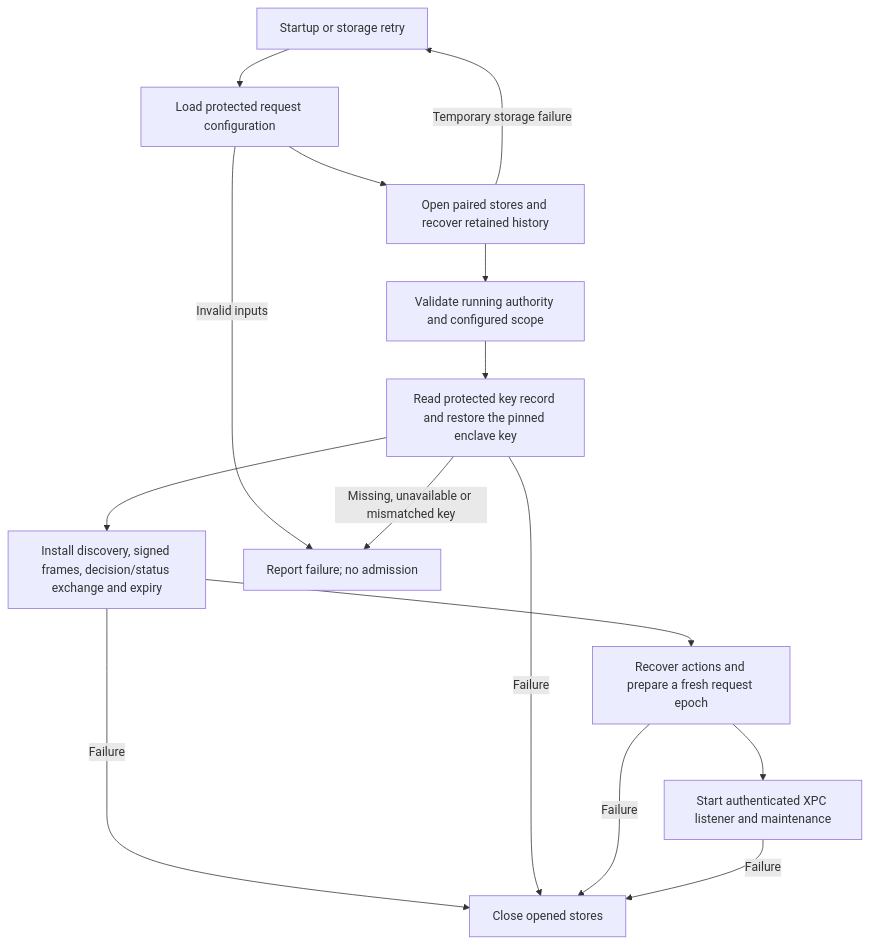
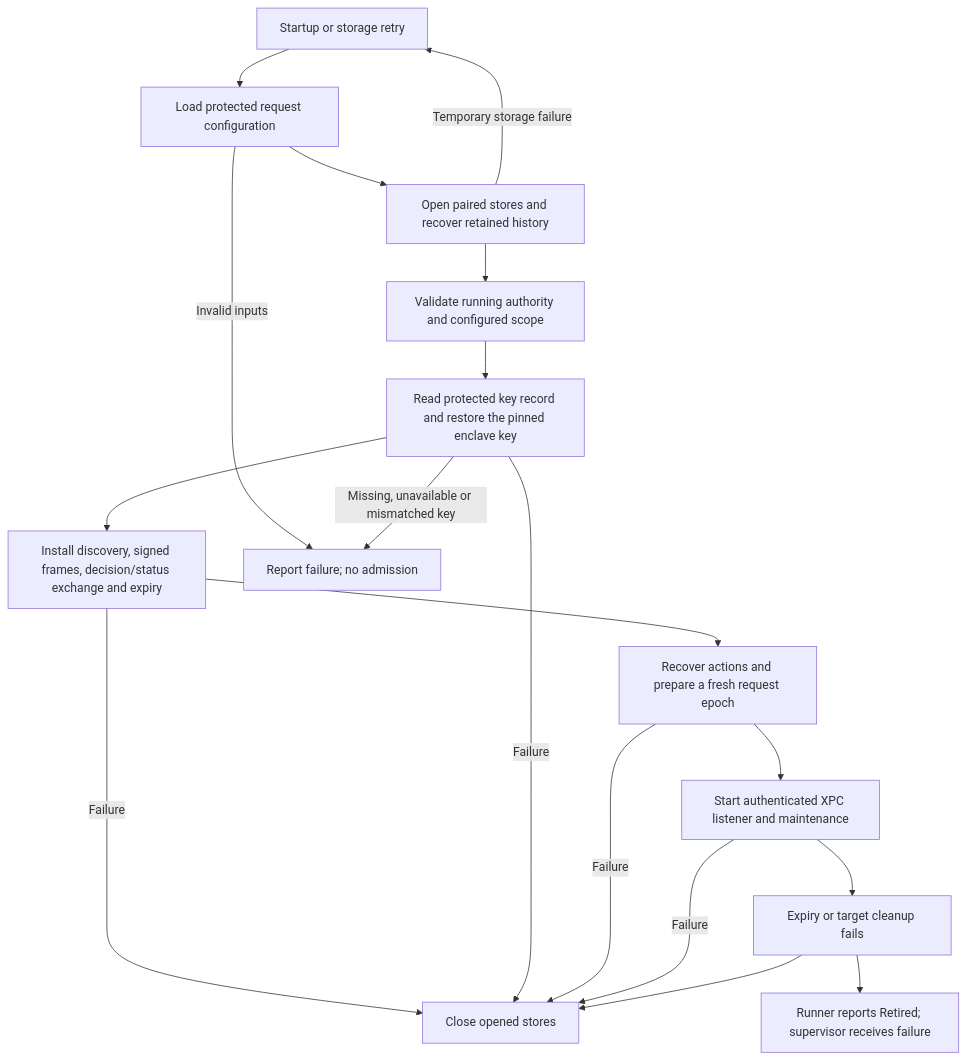
One commit to rock3r/remozio changed the diagram in docs/macos-request-startup.md. Above: the diagram before and after it, drawn with Mermaid. The commit also changed other lines of this file and 5 other files, not shown here.

````diff
--- a/docs/macos-request-startup.md
+++ b/docs/macos-request-startup.md
@@ -5,17 +5,20 @@
 ```mermaid
 flowchart TD
     R[Startup or storage retry] --> C[Load protected request configuration]
     C --> J[Open paired stores and recover retained history]
     J --> I[Validate running authority and configured scope]
     I --> K[Read protected key record and restore the pinned enclave key]
     K --> P[Install discovery, signed frames, decision/status exchange and expiry]
     P --> E[Recover actions and prepare a fresh request epoch]
     E --> L[Start authenticated XPC listener and maintenance]
     C -->|Invalid inputs| F[Report failure; no admission]
     J -->|Temporary storage failure| R
     K -->|Missing, unavailable or mismatched key| F
     P -->|Failure| X[Close opened stores]
     K -->|Failure| X
     E -->|Failure| X
     L -->|Failure| X
+    L --> M[Expiry or target cleanup fails]
+    M --> X
+    M --> S[Runner reports Retired; supervisor receives failure]
 ```
````
